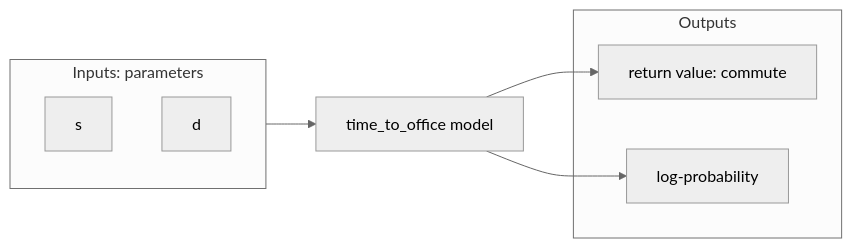
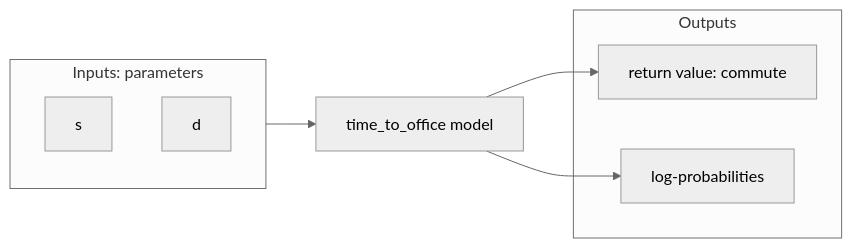
One commit to JuliaBayes/Wren.jl changed the first of 3 diagrams in docs/src/tutorials/beginner.md. Above: the diagram before and after it, drawn with Mermaid (neutral theme). The commit also changed other lines of this file and 2 other files, not shown here.

````diff
--- a/docs/src/tutorials/beginner.md
+++ b/docs/src/tutorials/beginner.md
@@ -169,14 +169,14 @@
 ```mermaid
 flowchart LR
     subgraph inputs [Inputs: parameters]
         s
         d
     end
     subgraph outputs [Outputs]
         R[return value: commute]
-        L[log-probability]
+        L[log-probabilities]
     end
     inputs --> M[time_to_office model]
     M --> R
     M --> L
 ```
````
